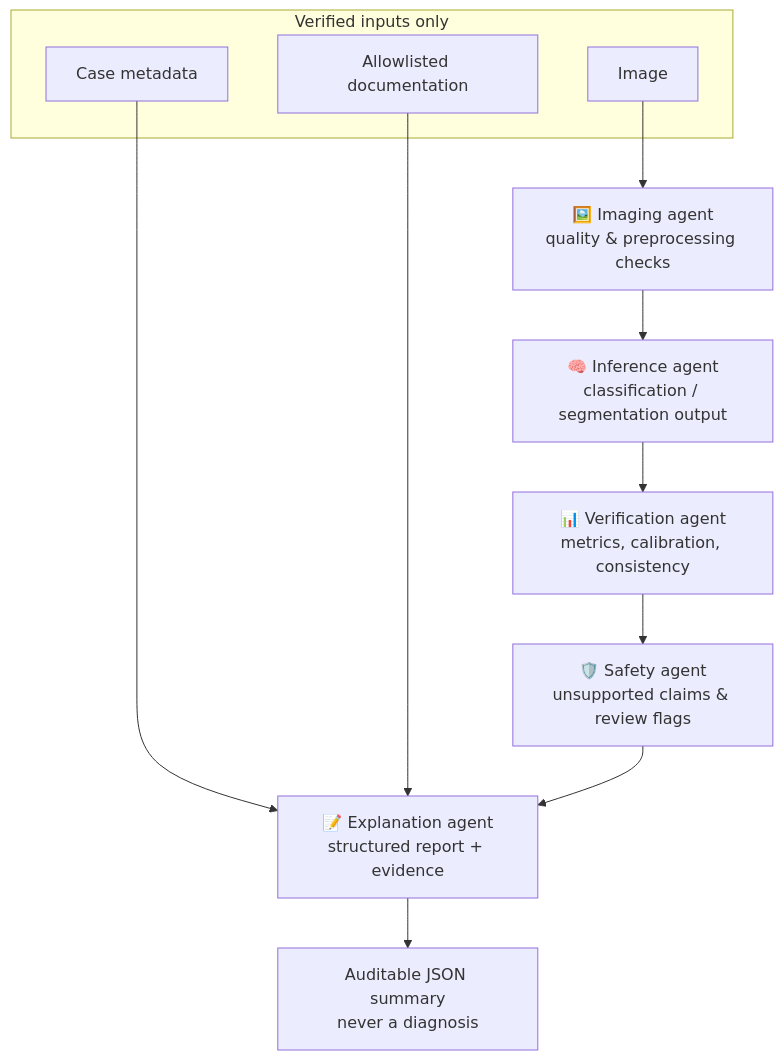
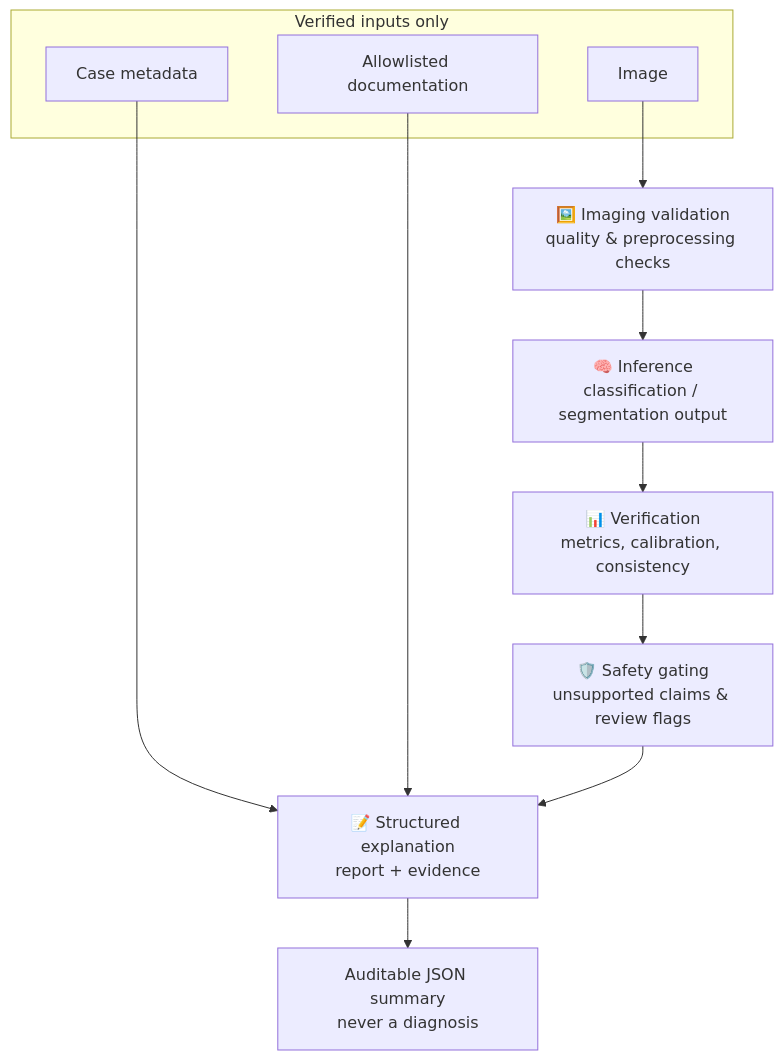
Before and after one commit to LouayHM3/Breast-Cancer-Histopathology-Classification-with-Deep-Learning: the second of 4 diagrams in README.md, drawn with Mermaid. The commit also changed other lines of this file and 8 other files, not shown here.

Commit message:
Harden validation and rename safety pipeline

````diff
--- a/README.md
+++ b/README.md
@@ -81,16 +81,16 @@
 ```mermaid
 flowchart TB
     subgraph INPUT["Verified inputs only"]
       IMG[Image]
       META[Case metadata]
       DOC[Allowlisted documentation]
     end
-    IMG --> IA["🖼️ Imaging agent<br/>quality & preprocessing checks"]
-    IA --> INF["🧠 Inference agent<br/>classification / segmentation output"]
-    INF --> VER["📊 Verification agent<br/>metrics, calibration, consistency"]
-    VER --> SAFE["🛡️ Safety agent<br/>unsupported claims & review flags"]
-    META --> EXP["📝 Explanation agent<br/>structured report + evidence"]
+    IMG --> IA["🖼️ Imaging validation<br/>quality & preprocessing checks"]
+    IA --> INF["🧠 Inference<br/>classification / segmentation output"]
+    INF --> VER["📊 Verification<br/>metrics, calibration, consistency"]
+    VER --> SAFE["🛡️ Safety gating<br/>unsupported claims & review flags"]
+    META --> EXP["📝 Structured explanation<br/>report + evidence"]
     DOC --> EXP
     SAFE --> EXP
     EXP --> OUT["Auditable JSON summary<br/>never a diagnosis"]
 ```
````
